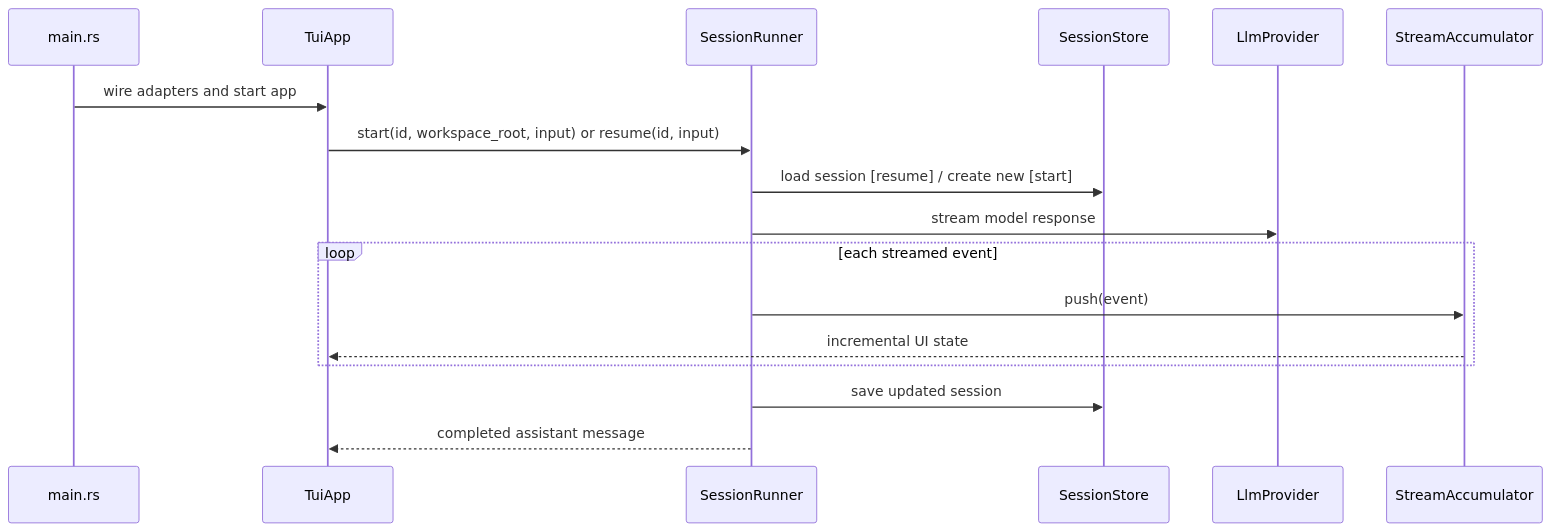
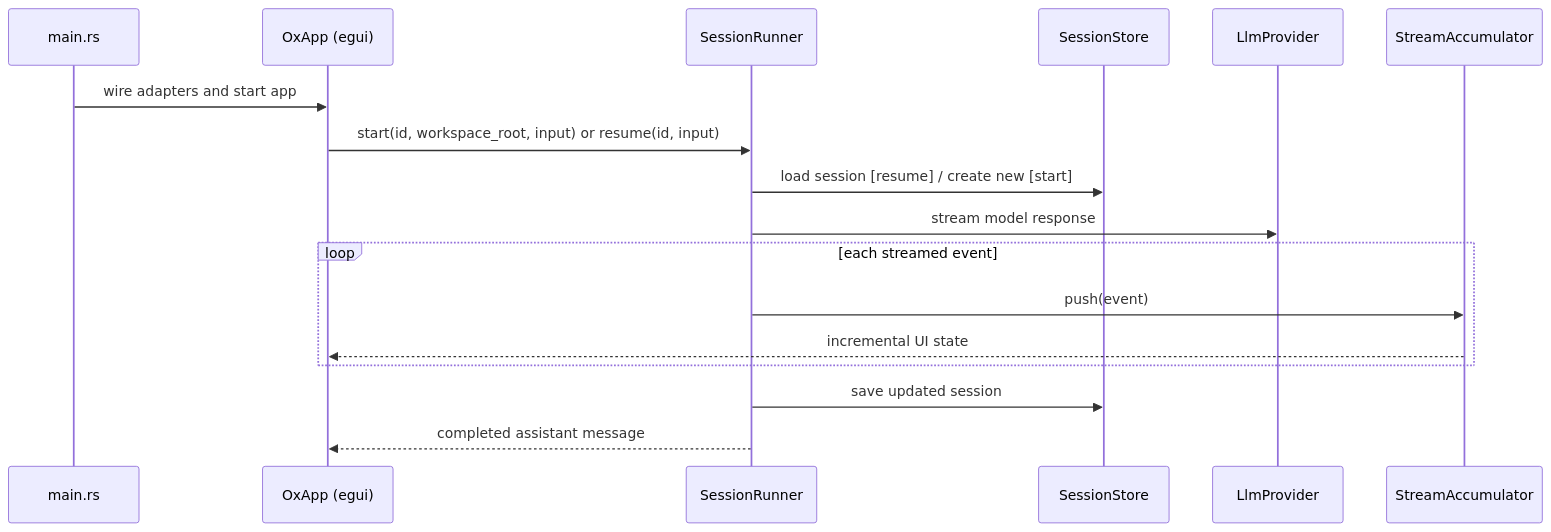
Before and after one commit to kkestell/ox-rs: the third of 3 diagrams in AGENTS.md, drawn with Mermaid. The commit also changed other lines of this file and 7 other files, not shown here.

First line of the commit message:
Replace TUI adapter with egui desktop GUI

````diff
--- a/AGENTS.md
+++ b/AGENTS.md
@@ -108,22 +109,22 @@
 ```mermaid
 sequenceDiagram
     participant M as main.rs
-    participant T as TuiApp
+    participant G as OxApp (egui)
     participant SR as SessionRunner
     participant SS as SessionStore
     participant LP as LlmProvider
     participant ACC as StreamAccumulator
 
-    M->>T: wire adapters and start app
-    T->>SR: start(id, workspace_root, input) or resume(id, input)
+    M->>G: wire adapters and start app
+    G->>SR: start(id, workspace_root, input) or resume(id, input)
     SR->>SS: load session [resume] / create new [start]
     SR->>LP: stream model response
 
     loop each streamed event
         SR->>ACC: push(event)
-        ACC-->>T: incremental UI state
+        ACC-->>G: incremental UI state
     end
 
     SR->>SS: save updated session
-    SR-->>T: completed assistant message
+    SR-->>G: completed assistant message
 ```
````
